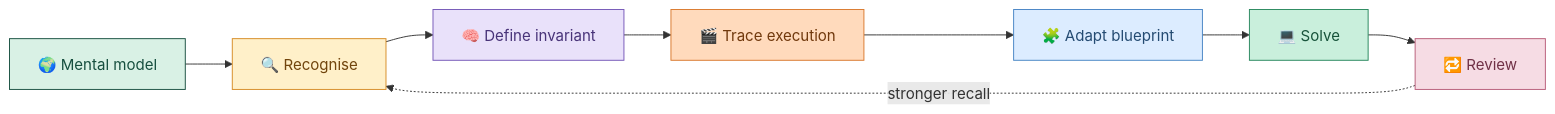
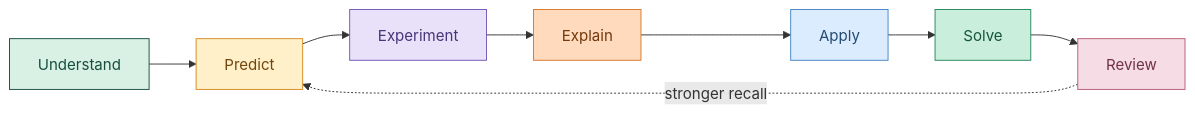
The diagram in README.md (EeshaKavuri/codyssey), drawn with Mermaid before and after one commit. The commit also changed other lines of this file and 46 other files, not shown here.

````diff
--- a/README.md
+++ b/README.md
@@ -87,18 +115,18 @@
 ```mermaid
 flowchart LR
-    A["🌍 Mental model"] --> B["🔍 Recognise"]
-    B --> C["🧠 Define invariant"]
-    C --> D["🎬 Trace execution"]
-    D --> E["🧩 Adapt blueprint"]
-    E --> F["💻 Solve"]
-    F --> G["🔁 Review"]
+    A["Understand"] --> B["Predict"]
+    B --> C["Experiment"]
+    C --> D["Explain"]
+    D --> E["Apply"]
+    E --> F["Solve"]
+    F --> G["Review"]
     G -. stronger recall .-> B
 
     style A fill:#d9f1e5,stroke:#174f3f,color:#174f3f
     style B fill:#fff0c9,stroke:#d68b24,color:#71450d
     style C fill:#e9e1fa,stroke:#7456b7,color:#493479
     style D fill:#ffdabc,stroke:#d9782c,color:#71390d
     style E fill:#dcecff,stroke:#4684c4,color:#244b72
     style F fill:#c9efdc,stroke:#27875d,color:#17533a
     style G fill:#f6dce4,stroke:#b85c78,color:#713247
 ```
````
